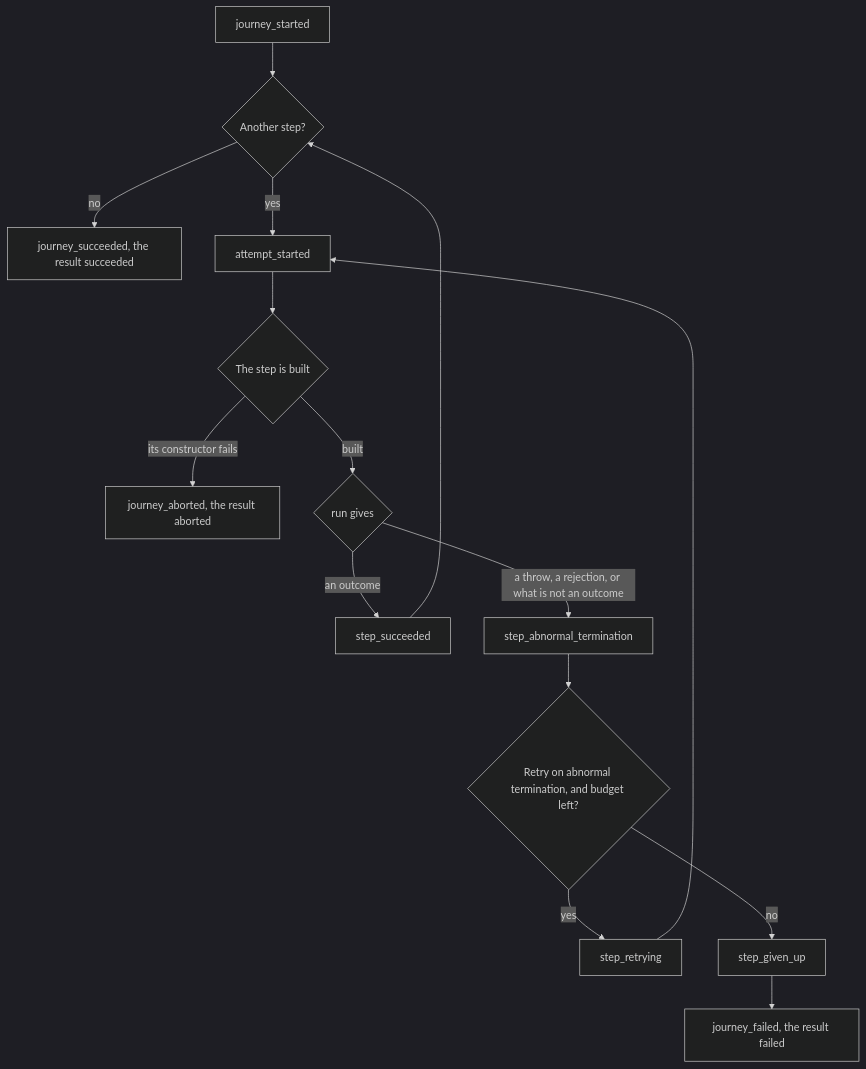
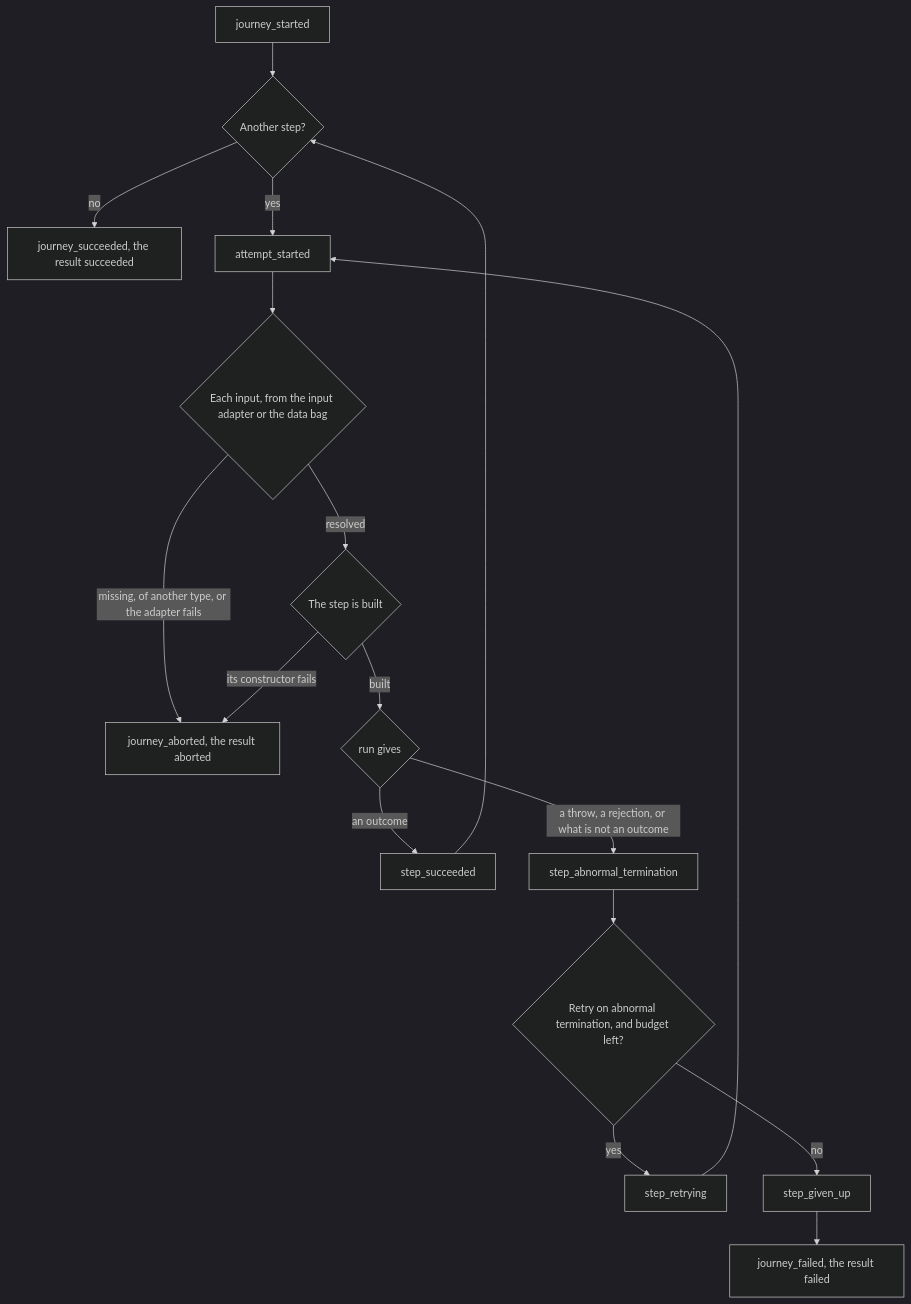
The seventh of 8 diagrams in docs/architecture.md (itinera-dev/itinera-ts), drawn with Mermaid (dark theme) before and after one commit. The commit also changed other lines of this file and 52 other files, not shown here.

````diff
--- a/docs/architecture.md
+++ b/docs/architecture.md
@@ -199,19 +200,21 @@
 ```mermaid
 flowchart TD
     accTitle: How the engine runs a journey
-    accDescr: The engine emits journey_started, then attempts each step in order. Each attempt emits attempt_started and builds the step; a constructor that fails aborts the journey. The step runs; an outcome means step_succeeded and the next step. Anything else is an abnormal termination, which the step either retries, emitting step_retrying and attempting again, or gives up, emitting step_given_up and journey_failed. Once every step succeeded, the journey emits journey_succeeded. An abort emits journey_aborted.
+    accDescr: The engine emits journey_started, then attempts each step in order. Each attempt emits attempt_started and resolves the inputs the step's constructor requests, in order, each from the step's input adapter or from the data bag. A required input without a value, a value of another type, or an input adapter that fails aborts the journey. Then the step is built; a constructor that fails aborts the journey too. The step runs; an outcome means step_succeeded and the next step. Anything else is an abnormal termination, which the step either retries, emitting step_retrying and attempting again, or gives up, emitting step_given_up and journey_failed. Once every step succeeded, the journey emits journey_succeeded. An abort emits journey_aborted.
     started["journey_started"] --> next{"Another step?"}
     next -->|"no"| succeeded["journey_succeeded, the result succeeded"]
     next -->|"yes"| attempt["attempt_started"]
-    attempt --> build{"The step is built"}
-    build -->|"its constructor fails"| aborted["journey_aborted, the result aborted"]
+    attempt --> inputs{"Each input, from the input adapter or the data bag"}
+    inputs -->|"missing, of another type, or the adapter fails"| aborted["journey_aborted, the result aborted"]
+    inputs -->|"resolved"| build{"The step is built"}
+    build -->|"its constructor fails"| aborted
     build -->|"built"| run{"run gives"}
     run -->|"an outcome"| stepSucceeded["step_succeeded"]
     stepSucceeded --> next
     run -->|"a throw, a rejection, or what is not an outcome"| abnormal["step_abnormal_termination"]
     abnormal --> decide{"Retry on abnormal termination, and budget left?"}
     decide -->|"yes"| retrying["step_retrying"]
     retrying --> attempt
     decide -->|"no"| givenUp["step_given_up"]
     givenUp --> failed["journey_failed, the result failed"]
 ```
````
